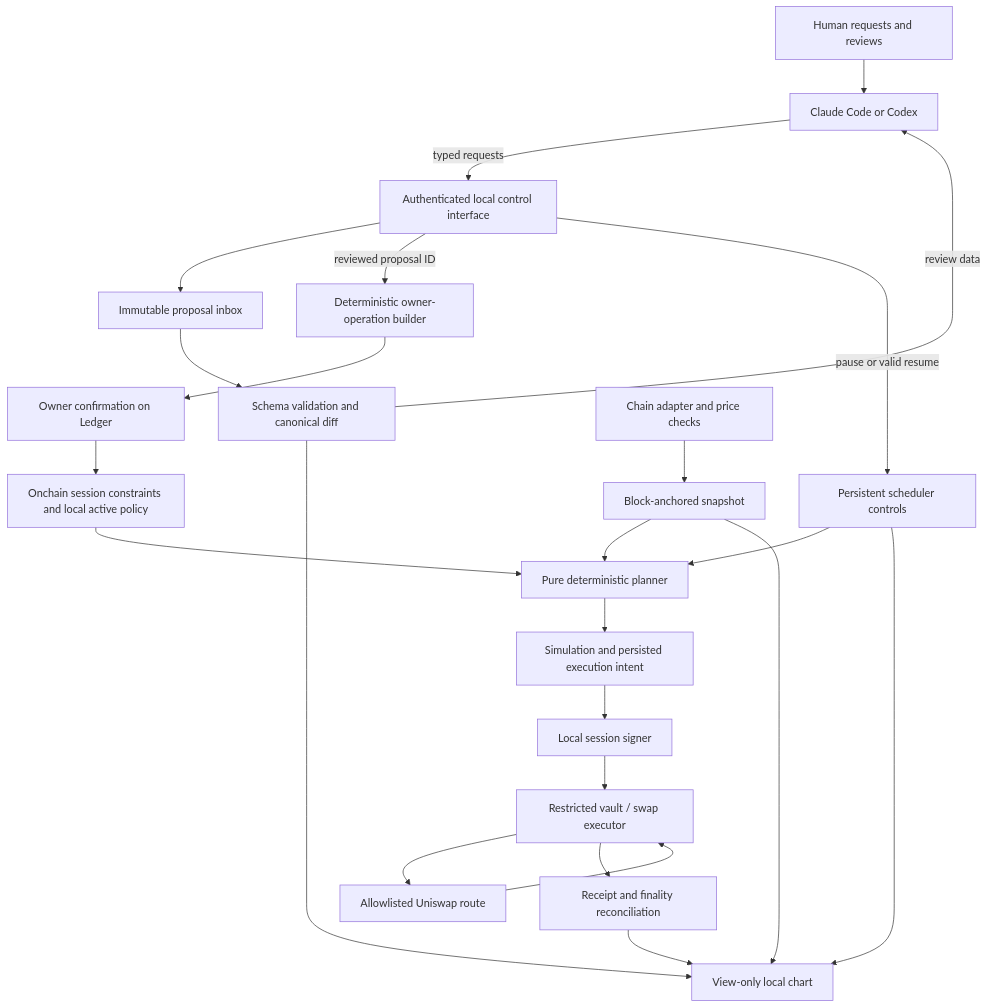
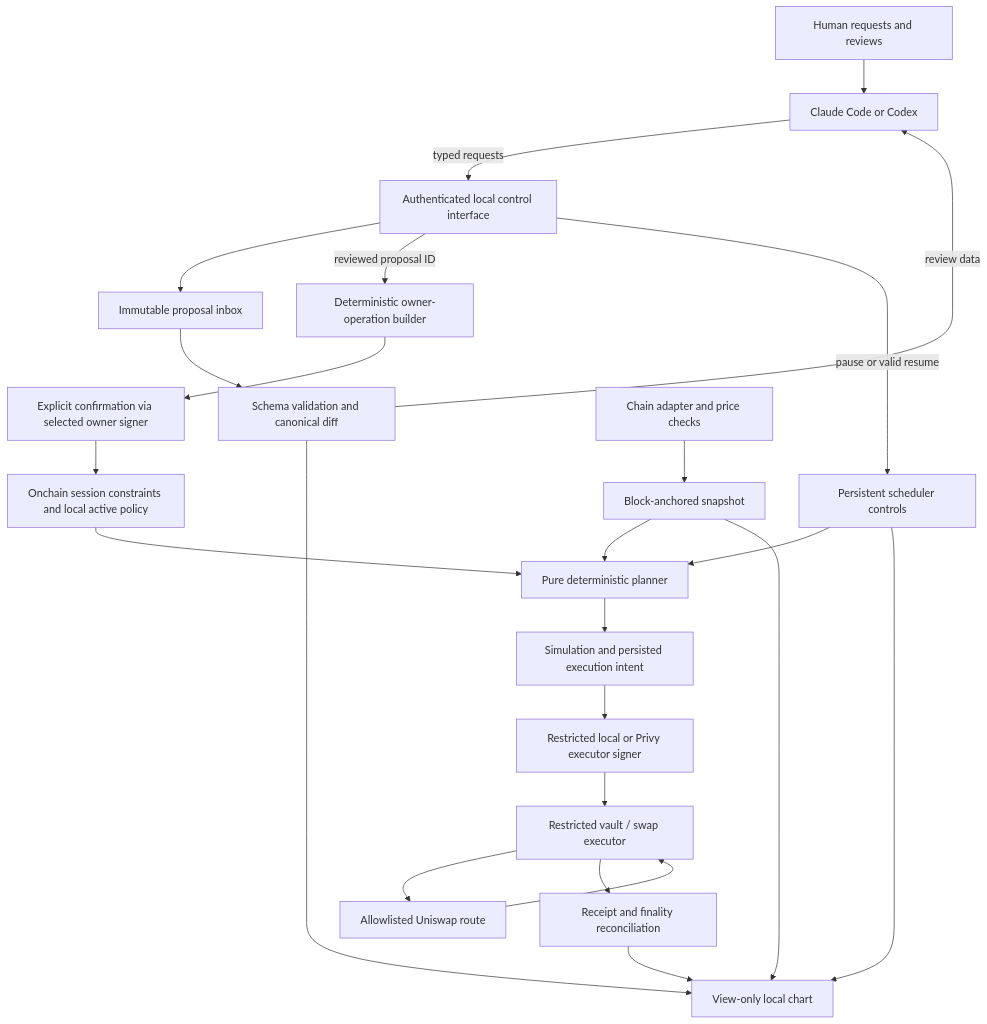
Before and after one commit to A1igator/rebalance: the diagram in PLAN.md, drawn with Mermaid. The commit also changed other lines of this file and 10 other files, not shown here.

Commit message:
docs: add raw-key and Privy modes and defer Ledger testing

````diff
--- a/PLAN.md
+++ b/PLAN.md
@@ -39,26 +51,26 @@
 ```mermaid
 flowchart TD
   H[Human requests and reviews] --> AI[Claude Code or Codex]
   AI -->|typed requests| I[Authenticated local control interface]
   I --> P[Immutable proposal inbox]
   P --> V[Schema validation and canonical diff]
   V -->|review data| AI
   I -->|reviewed proposal ID| B[Deterministic owner-operation builder]
-  B --> O[Owner confirmation on Ledger]
+  B --> O[Explicit confirmation via selected owner signer]
   O --> A[Onchain session constraints and local active policy]
   I -->|pause or valid resume| D[Persistent scheduler controls]
   D --> E[Pure deterministic planner]
   N[Chain adapter and price checks] --> S[Block-anchored snapshot]
   S --> E
   A --> E
   E --> Q[Simulation and persisted execution intent]
-  Q --> K[Local session signer]
+  Q --> K[Restricted local or Privy executor signer]
   K --> C[Restricted vault / swap executor]
   C --> U[Allowlisted Uniswap route]
   U --> C
   C --> R[Receipt and finality reconciliation]
   S --> UI[View-only local chart]
   V --> UI
   R --> UI
   D --> UI
 ```
````
